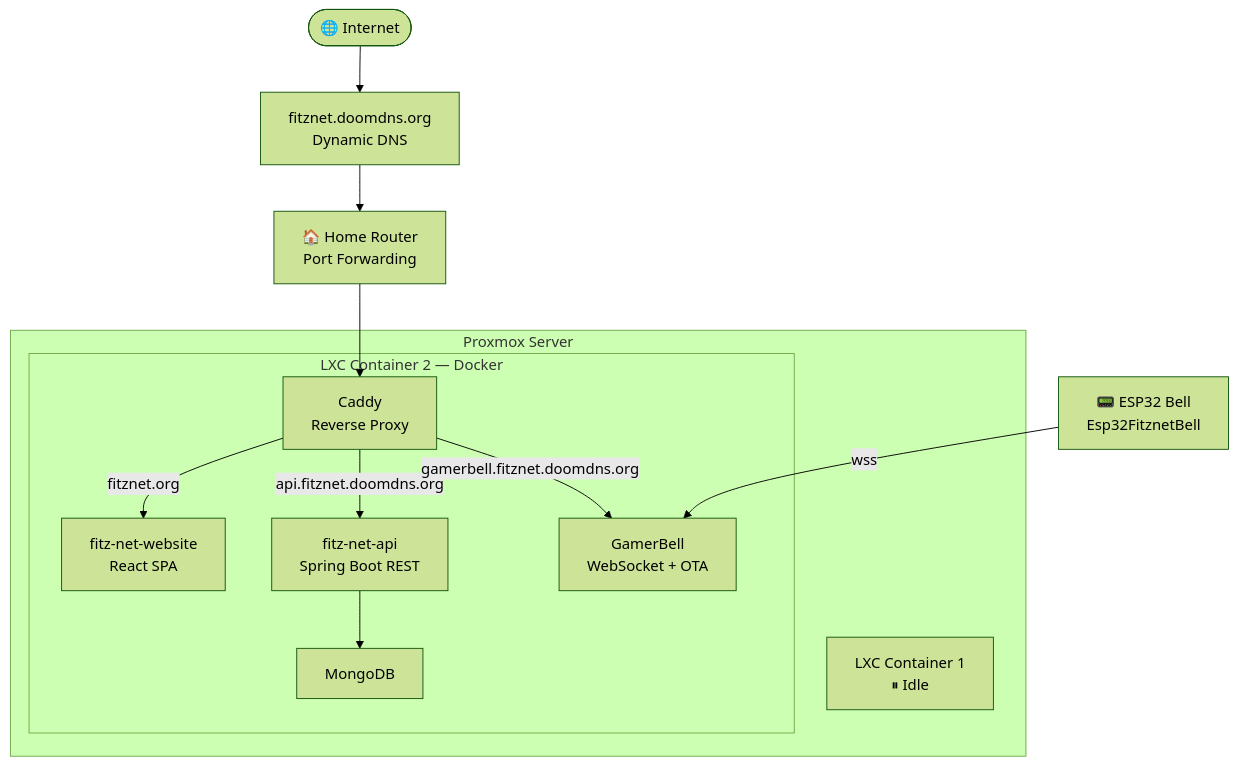
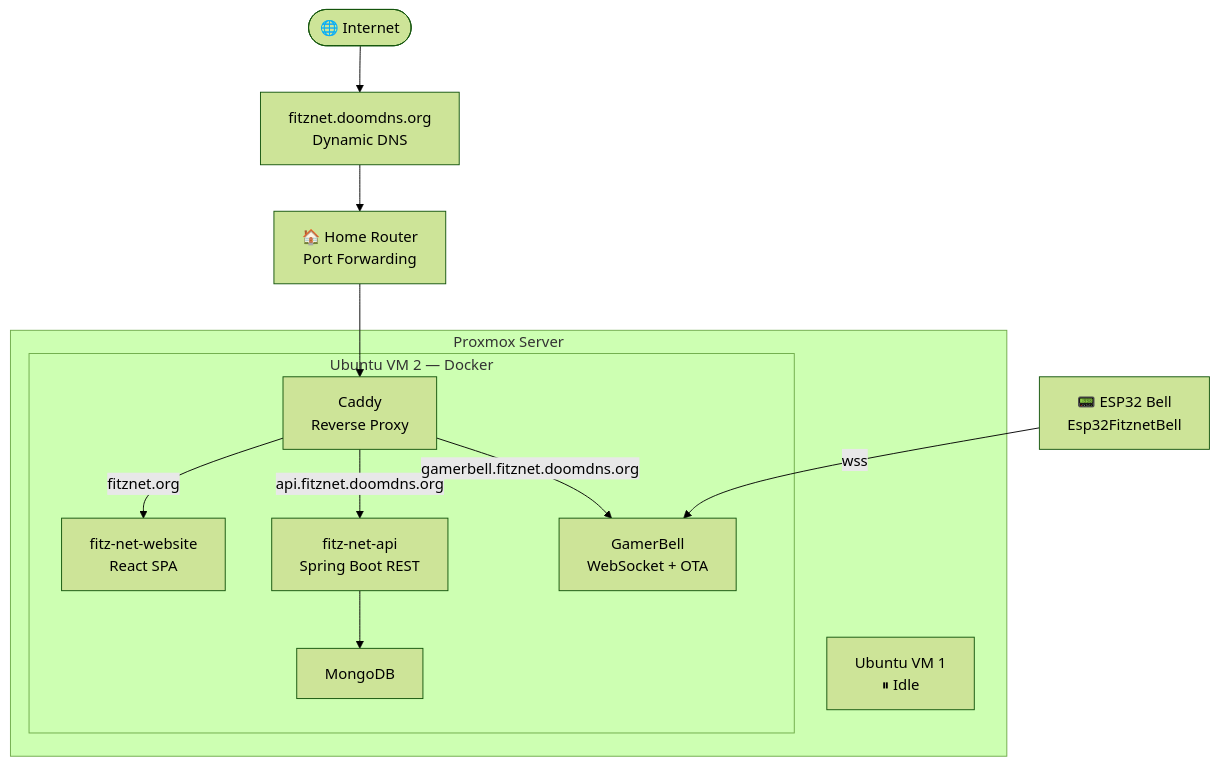
Before and after one commit to mattlol85/Fitz-Net: the first of 2 diagrams in README.md, drawn with Mermaid (forest theme). The commit also changed other lines of this file, not shown here.

Commit message:
docs(readme): correct infrastructure diagram — Ubuntu VMs not LXC containers

````diff
--- a/README.md
+++ b/README.md
@@ -81,27 +81,27 @@
 ```mermaid
 graph TD
     Internet(["🌐 Internet"])
     DNS["fitznet.doomdns.org\nDynamic DNS"]
     Router["🏠 Home Router\nPort Forwarding"]
 
     subgraph Proxmox["Proxmox Server"]
-        CT1["LXC Container 1\n⏸ Idle"]
+        VM1["Ubuntu VM 1\n⏸ Idle"]
 
-        subgraph CT2["LXC Container 2 — Docker"]
+        subgraph VM2["Ubuntu VM 2 — Docker"]
             Caddy["Caddy\nReverse Proxy"]
             Website["fitz-net-website\nReact SPA"]
             API["fitz-net-api\nSpring Boot REST"]
             Bell["GamerBell\nWebSocket + OTA"]
             Mongo["MongoDB"]
         end
     end
 
     ESP32["📟 ESP32 Bell\nEsp32FitznetBell"]
 
     Internet --> DNS --> Router --> Caddy
     Caddy -->|"fitznet.org"| Website
     Caddy -->|"api.fitznet.doomdns.org"| API
     Caddy -->|"gamerbell.fitznet.doomdns.org"| Bell
     API --> Mongo
     ESP32 -->|"wss"| Bell
 ```
````
